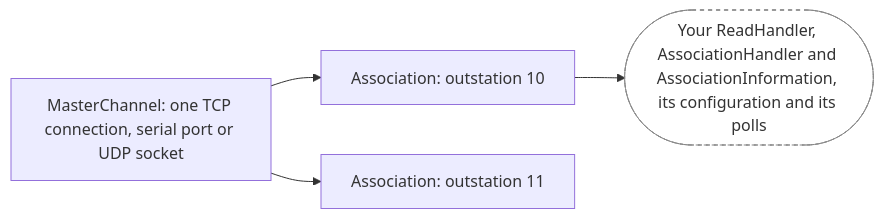
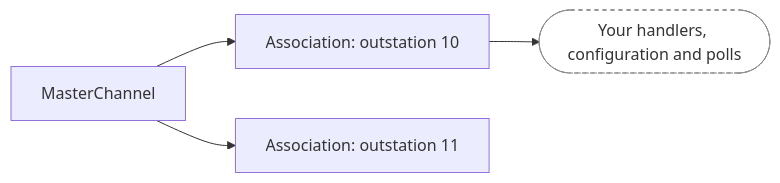
Before and after one commit to stepfunc/dnp3: the diagram in guide/docs/api/master/terminology.mdx, drawn with Mermaid. The commit also changed 6 other files, not shown here.

````diff
--- a/guide/docs/api/master/terminology.mdx
+++ b/guide/docs/api/master/terminology.mdx
@@ -10,8 +10,8 @@
 ```mermaid
 flowchart LR
-    channel["MasterChannel: one TCP connection, serial port or UDP socket"]
+    channel["MasterChannel"]
     channel --> a1["Association: outstation 10"]
     channel --> a2["Association: outstation 11"]
-    a1 --> parts(["Your ReadHandler, AssociationHandler and AssociationInformation, its configuration and its polls"]):::user
+    a1 --> parts(["Your handlers, configuration and polls"]):::user
     classDef user fill:#ffffff,stroke:#888888,stroke-dasharray:4 4,color:#333333
 ```
````
